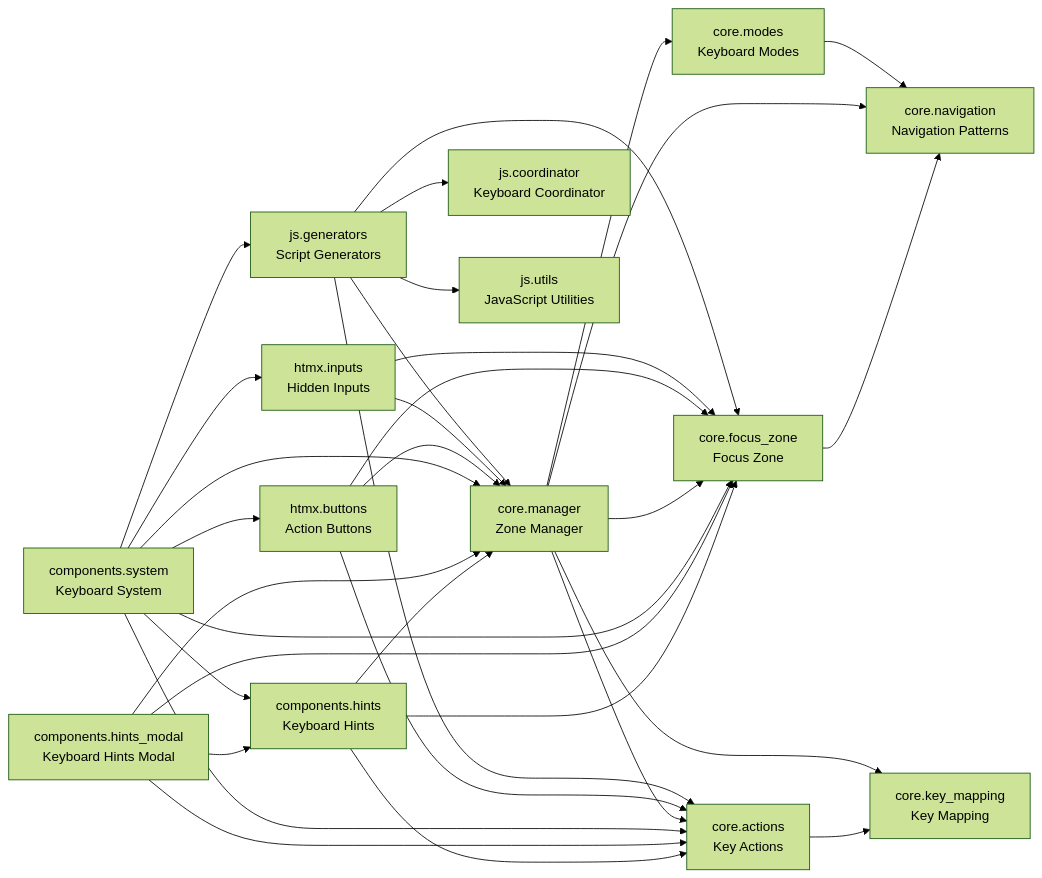
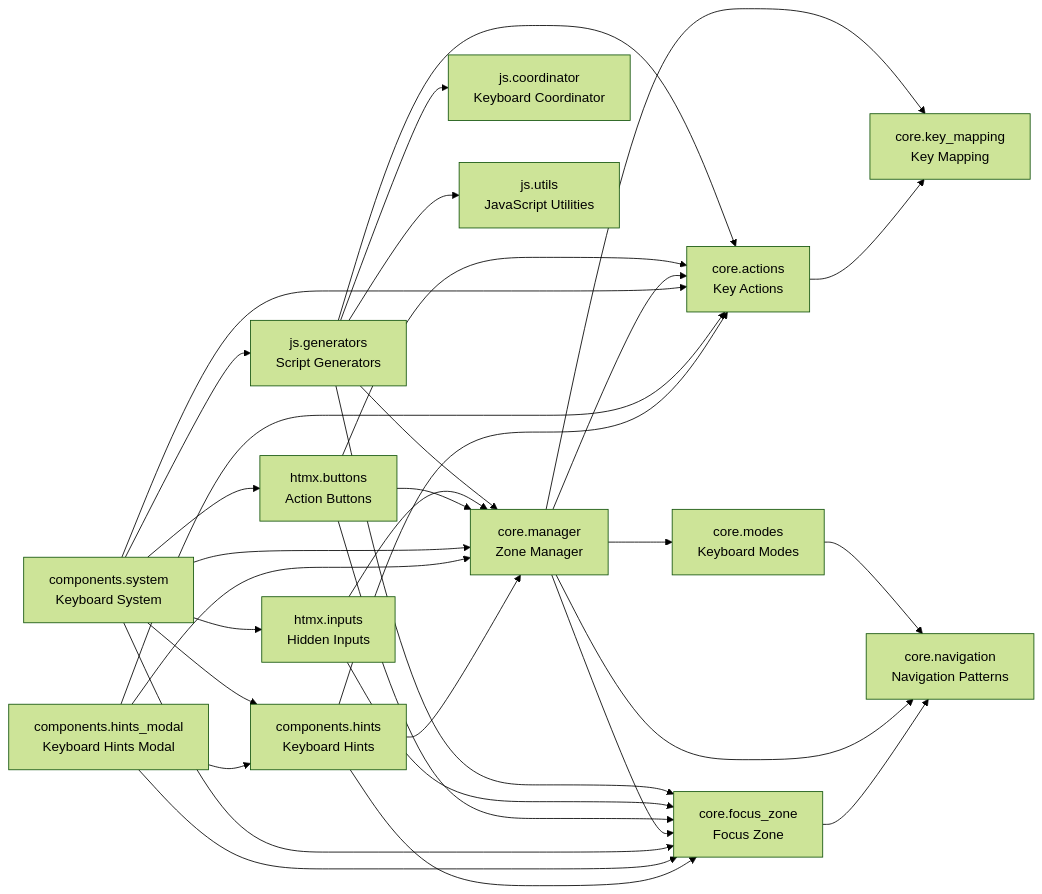
Before and after one commit to cj-mills/cjm-fasthtml-keyboard-navigation: the diagram in README.md, drawn with Mermaid (forest theme). The commit also changed other lines of this file and 3 other files, not shown here.

````diff
--- a/README.md
+++ b/README.md
@@ -38,50 +38,50 @@
 ``` mermaid
 graph LR
     components_hints[components.hints<br/>Keyboard Hints]
     components_hints_modal[components.hints_modal<br/>Keyboard Hints Modal]
     components_system[components.system<br/>Keyboard System]
     core_actions[core.actions<br/>Key Actions]
     core_focus_zone[core.focus_zone<br/>Focus Zone]
     core_key_mapping[core.key_mapping<br/>Key Mapping]
     core_manager[core.manager<br/>Zone Manager]
     core_modes[core.modes<br/>Keyboard Modes]
     core_navigation[core.navigation<br/>Navigation Patterns]
     htmx_buttons[htmx.buttons<br/>Action Buttons]
     htmx_inputs[htmx.inputs<br/>Hidden Inputs]
     js_coordinator[js.coordinator<br/>Keyboard Coordinator]
     js_generators[js.generators<br/>Script Generators]
     js_utils[js.utils<br/>JavaScript Utilities]
 
-    components_hints --> core_actions
     components_hints --> core_manager
     components_hints --> core_focus_zone
+    components_hints --> core_actions
+    components_hints_modal --> core_manager
+    components_hints_modal --> core_focus_zone
+    components_hints_modal --> components_hints
     components_hints_modal --> core_actions
-    components_hints_modal --> core_manager
-    components_hints_modal --> components_hints
-    components_hints_modal --> core_focus_zone
-    components_system --> js_generators
-    components_system --> core_focus_zone
     components_system --> htmx_inputs
-    components_system --> components_hints
-    components_system --> core_actions
     components_system --> htmx_buttons
     components_system --> core_manager
+    components_system --> core_actions
+    components_system --> js_generators
+    components_system --> components_hints
+    components_system --> core_focus_zone
     core_actions --> core_key_mapping
     core_focus_zone --> core_navigation
-    core_manager --> core_modes
     core_manager --> core_navigation
-    core_manager --> core_focus_zone
     core_manager --> core_key_mapping
     core_manager --> core_actions
+    core_manager --> core_focus_zone
+    core_manager --> core_modes
     core_modes --> core_navigation
+    htmx_buttons --> core_manager
+    htmx_buttons --> core_actions
     htmx_buttons --> core_focus_zone
-    htmx_buttons --> core_actions
-    htmx_buttons --> core_manager
+    htmx_inputs --> core_manager
     htmx_inputs --> core_focus_zone
-    htmx_inputs --> core_manager
+    js_generators --> core_manager
+    js_generators --> core_actions
+    js_generators --> js_coordinator
+    js_generators --> core_focus_zone
     js_generators --> js_utils
-    js_generators --> core_focus_zone
-    js_generators --> js_coordinator
-    js_generators --> core_actions
-    js_generators --> core_manager
 ```
````
